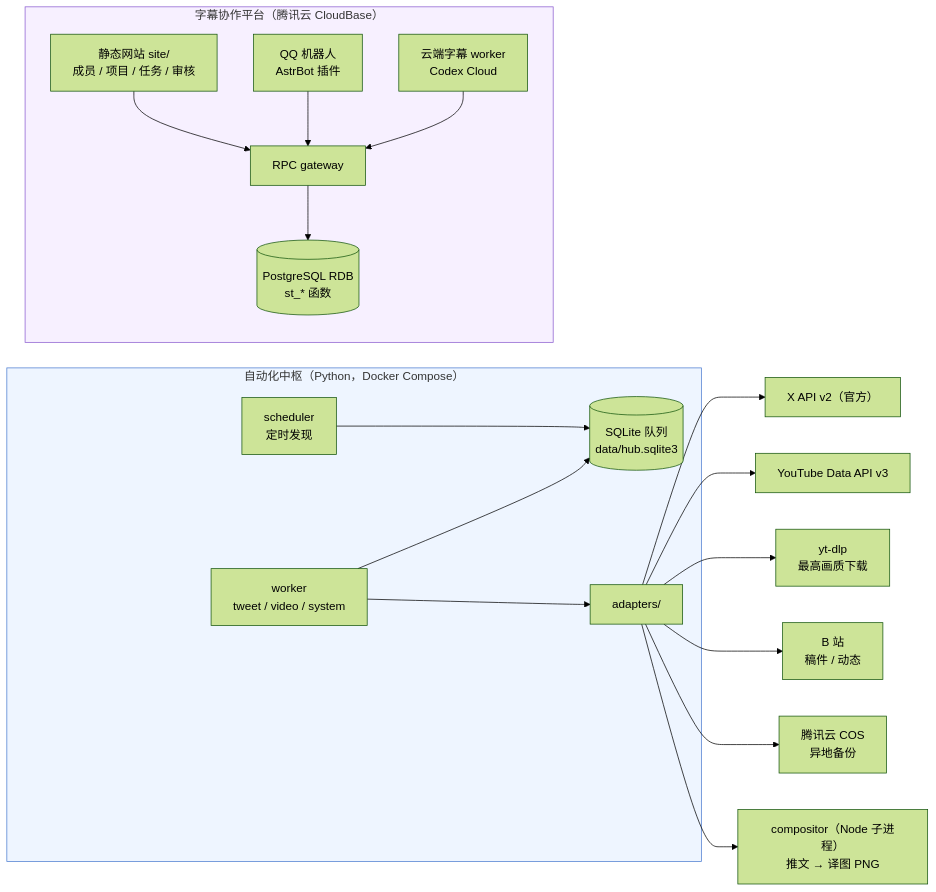
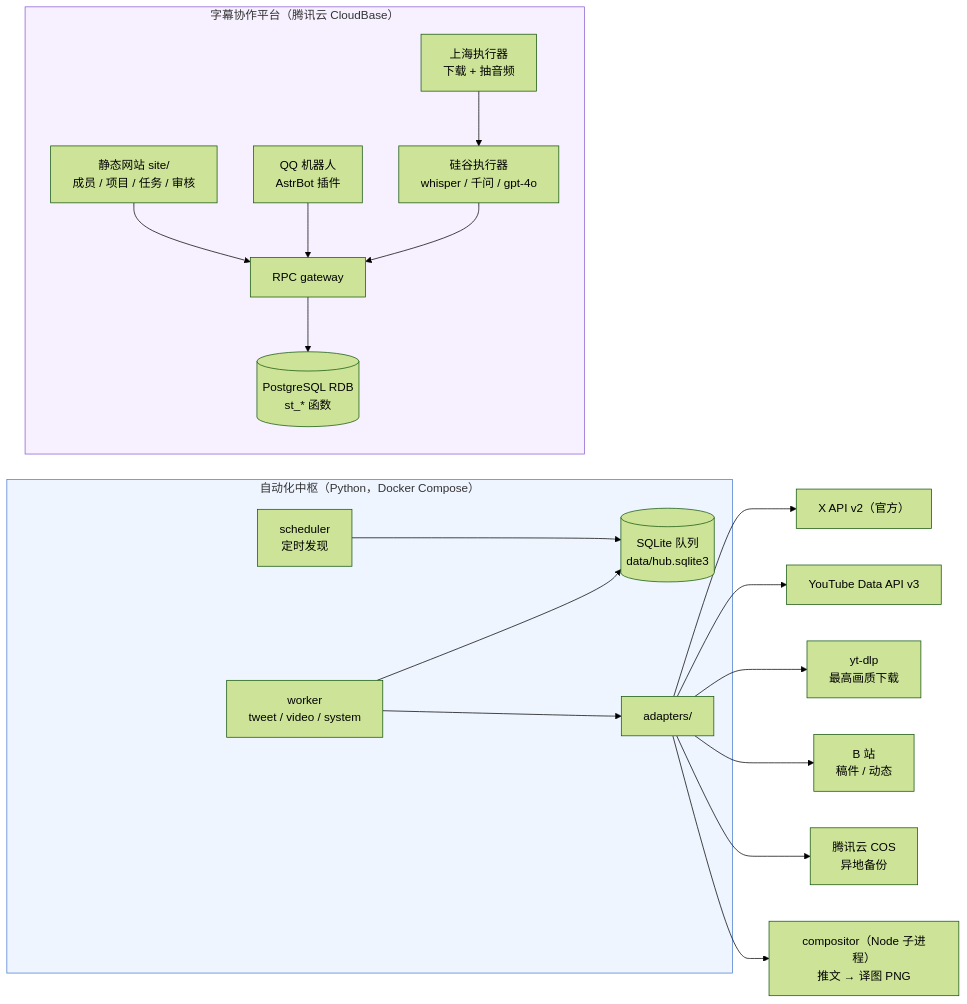
The diagram in README.md (l15109514775-ai/lighthouse-automation-hub), drawn with Mermaid (forest theme) before and after one commit. The commit also changed other lines of this file and 1 other file, not shown here.

````diff
--- a/README.md
+++ b/README.md
@@ -21,25 +21,26 @@
 ```mermaid
 flowchart LR
   subgraph HUB["自动化中枢（Python，Docker Compose）"]
     SCH["scheduler<br/>定时发现"] --> Q[("SQLite 队列<br/>data/hub.sqlite3")]
     WK["worker<br/>tweet / video / system"] --> Q
     WK --> ADP["adapters/"]
   end
 
   ADP --> XAPI["X API v2（官方）"]
   ADP --> YTAPI["YouTube Data API v3"]
   ADP --> YTDLP["yt-dlp<br/>最高画质下载"]
   ADP --> BILI["B 站<br/>稿件 / 动态"]
   ADP --> COS["腾讯云 COS<br/>异地备份"]
   ADP --> COMP["compositor（Node 子进程）<br/>推文 → 译图 PNG"]
 
   subgraph PLAT["字幕协作平台（腾讯云 CloudBase）"]
     SITE["静态网站 site/<br/>成员 / 项目 / 任务 / 审核"] --> GW["RPC gateway"]
     GW --> PG[("PostgreSQL RDB<br/>st_* 函数")]
     BOT["QQ 机器人<br/>AstrBot 插件"] --> GW
-    CW["云端字幕 worker<br/>Codex Cloud"] --> GW
+    SH["上海执行器<br/>下载 + 抽音频"] --> CW["硅谷执行器<br/>whisper / 千问 / gpt-4o"]
+    CW --> GW
   end
 
   style HUB fill:#eef5ff,stroke:#4a7bd0
   style PLAT fill:#f7f0ff,stroke:#8a5cd0
 ```
````
